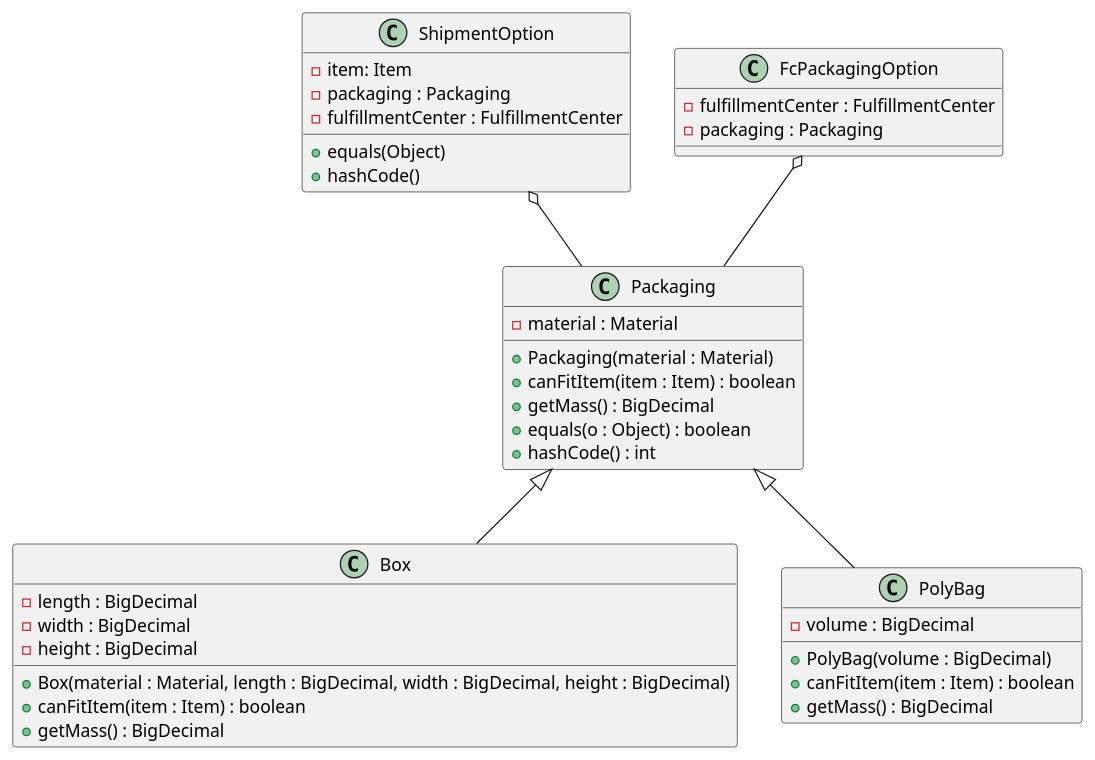
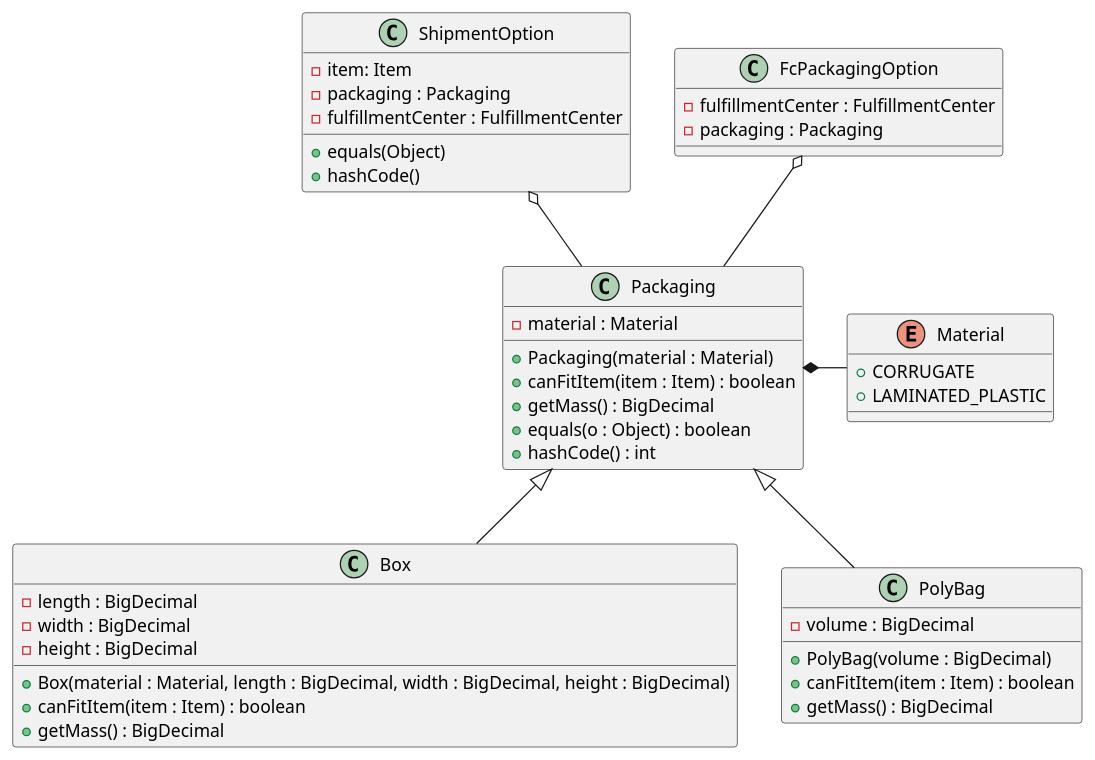
The diagram in src/resources/mastery_task_03_CD.puml (brianjknight/Packaging-Project), drawn with PlantUML before and after one commit. The commit also changed 5 other files, not shown here.

```diff
--- a/src/resources/mastery_task_03_CD.puml
+++ b/src/resources/mastery_task_03_CD.puml
@@ -1,45 +1,51 @@
 @startuml
 
 class ShipmentOption {
   -item: Item
   -packaging : Packaging
   -fulfillmentCenter : FulfillmentCenter
   +equals(Object)
   +hashCode()
 }
 
 class FcPackagingOption {
   -fulfillmentCenter : FulfillmentCenter
   -packaging : Packaging
 }
 
 class Packaging {
     -material : Material
     +Packaging(material : Material)
     +canFitItem(item : Item) : boolean
     +getMass() : BigDecimal
     +equals(o : Object) : boolean
     +hashCode() : int
 }
 
 class Box {
     -length : BigDecimal
     -width : BigDecimal
     -height : BigDecimal
     +Box(material : Material, length : BigDecimal, width : BigDecimal, height : BigDecimal)
     +canFitItem(item : Item) : boolean
     +getMass() : BigDecimal
 }
 
 class PolyBag {
     -volume : BigDecimal
     +PolyBag(volume : BigDecimal)
     +canFitItem(item : Item) : boolean
     +getMass() : BigDecimal
 }
 
+enum Material {
+    +CORRUGATE
+    +LAMINATED_PLASTIC
+}
+
 FcPackagingOption o-- Packaging
 ShipmentOption o-- Packaging
 Packaging <|-- Box
 Packaging <|-- PolyBag
+Packaging *- Material
 @enduml
```
